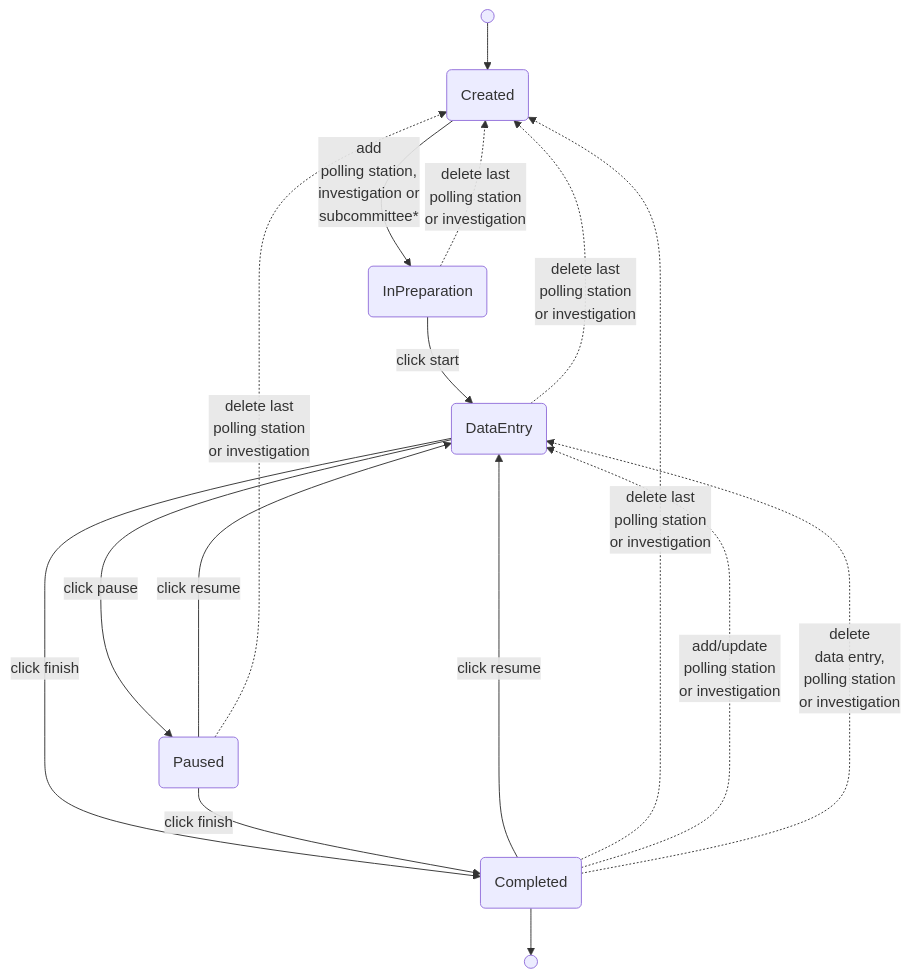
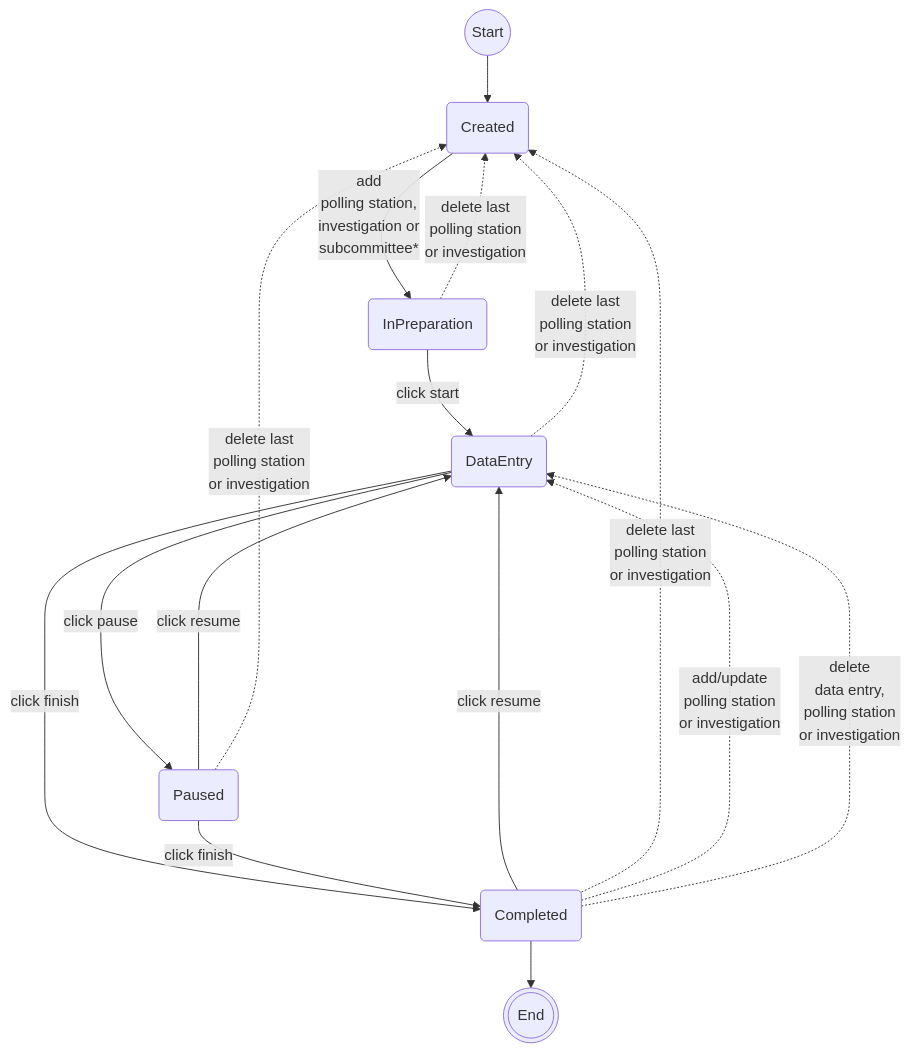
One commit to kiesraad/abacus changed the diagram in documentatie/state-machines/committee-session-state.md. Above: the diagram before and after it, drawn with Mermaid.

Commit message:
Flowchart update to work with default Jetbrains plugin (#3283)

````diff
--- a/documentatie/state-machines/committee-session-state.md
+++ b/documentatie/state-machines/committee-session-state.md
@@ -18,31 +18,31 @@
 ```mermaid
 flowchart
-  flow_start@{ shape: sm-circ }
-  flow_end@{ shape: sm-circ }
+  flow_start((Start))
+  flow_end(((End)))
 
   created(Created)
   in_preparation(InPreparation)
   data_entry(DataEntry)
   paused(Paused)
   completed(Completed)
 
   flow_start --> created
   in_preparation -->|click start| data_entry
   data_entry -->|click finish| completed
   data_entry -->|click pause| paused
   paused --->|click resume| data_entry
   paused -->|click finish| completed
   completed -->|click resume| data_entry
   completed --> flow_end
 
   paused -.->|delete last<br/>polling station<br/>or investigation| created
   data_entry -.->|delete last<br/>polling station<br/>or investigation| created
   in_preparation -.->|delete last<br/>polling station<br/>or investigation| created
   completed -.->|delete last<br/>polling station<br/>or investigation| created
 
   created -->|add<br/>polling station,<br/>investigation or<br/>subcommittee*| in_preparation
 
   completed -.->|add/update<br/>polling station<br/>or investigation| data_entry
 
   completed -.->|delete<br/>data entry,</br> polling station<br/> or investigation| data_entry
 ```
````
